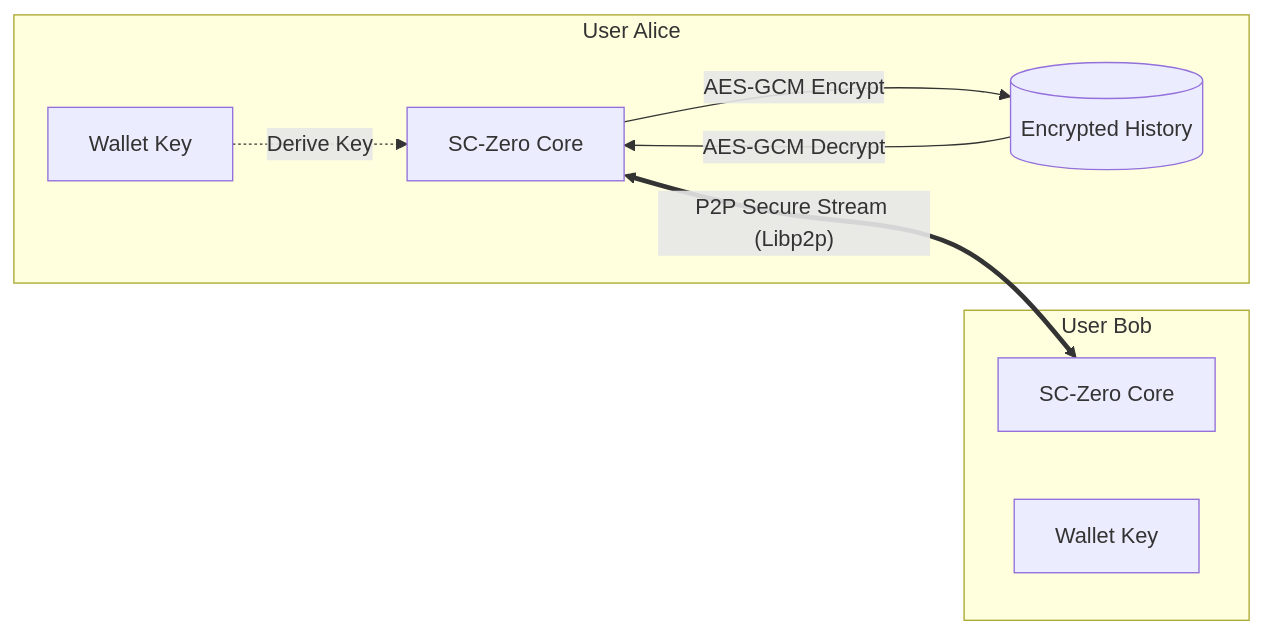
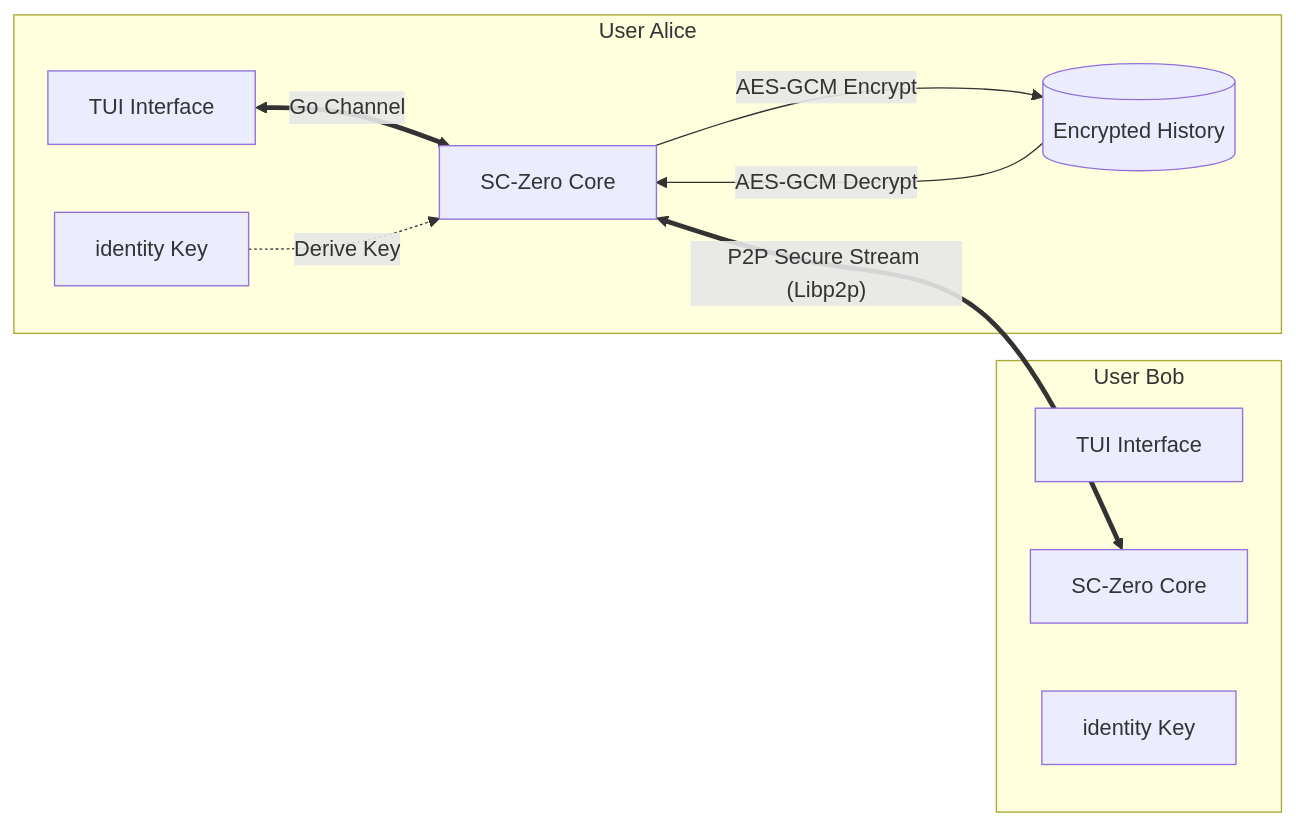
The diagram in README.md (juhwan009993/SC-Zero), drawn with Mermaid before and after one commit. The commit also changed other lines of this file and 10 other files, not shown here.

Commit message:
refactor: Enhance README with TUI and modular architecture details

````diff
--- a/README.md
+++ b/README.md
@@ -73,20 +70,22 @@
 ```mermaid
 graph LR
     subgraph Node A [User Alice]
+        A_UI[TUI Interface]
         A_Core[SC-Zero Core]
-        A_Key[Wallet Key]
+        A_Key[identity Key]
         A_Disk[(Encrypted History)]
     end
 
     subgraph Node B [User Bob]
+        B_UI[TUI Interface]
         B_Core[SC-Zero Core]
-        B_Key[Wallet Key]
+        B_Key[identity Key]
     end
 
+    A_UI <== "Go Channel" ==> A_Core
     A_Core <== "P2P Secure Stream (Libp2p)" ==> B_Core
     
     A_Key -. "Derive Key" .-> A_Core
     A_Core -- "AES-GCM Encrypt" --> A_Disk
     A_Disk -- "AES-GCM Decrypt" --> A_Core
-
 ```
````
